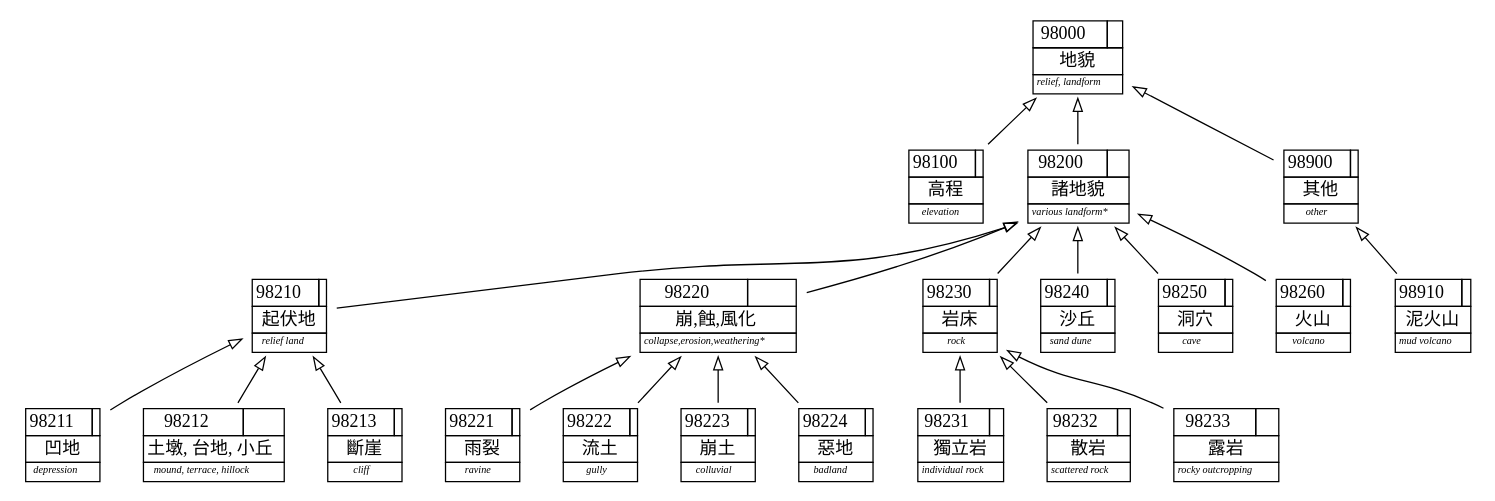
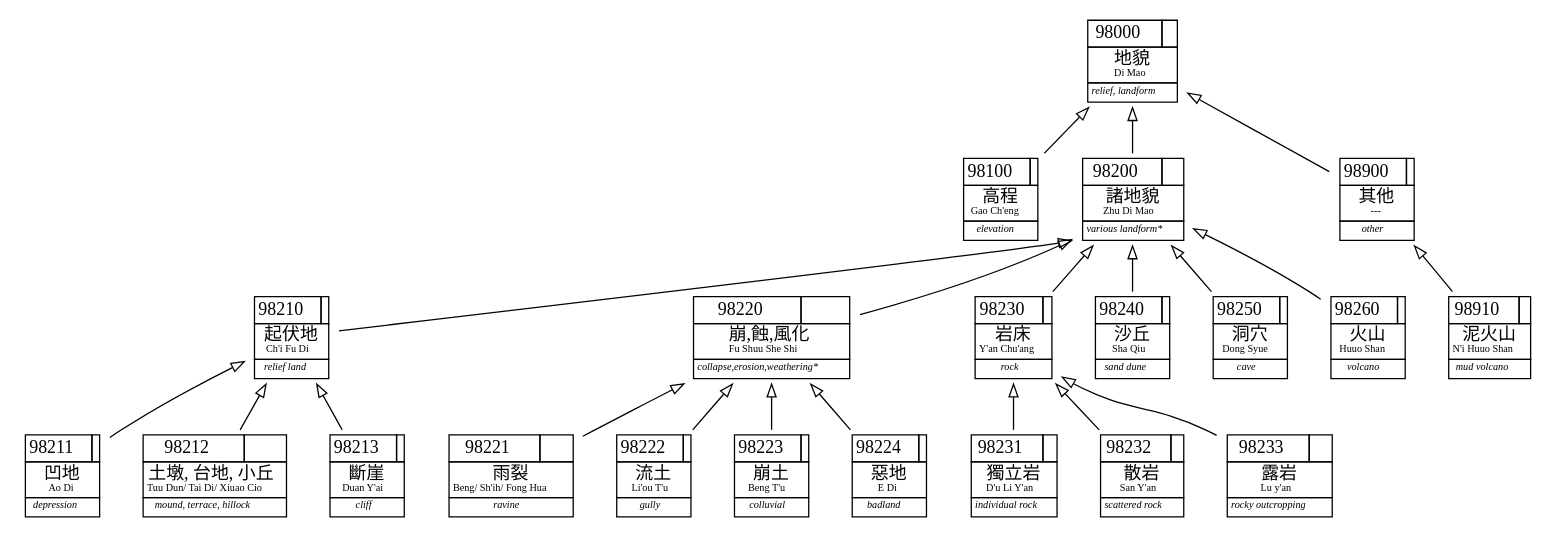
The diagram in TMOI-elevation.gv (geoont/datastd3), drawn with Graphviz before and after one commit. The commit also changed 6 other files, not shown here.

```diff
--- a/TMOI-elevation.gv
+++ b/TMOI-elevation.gv
@@ -1,32 +1,32 @@
-/* This file was auto-generated on Mon Dec 24 21:20:55 2012
-   using SOFT.pm library version 0.5.  Command line:
-/usr/local/bin/soft2gv.pl --noorphans --tuples=TMOI.csv --styles=TMOI.gvsty TMOI-elevation.soft
+/* This file was auto-generated on Wed Dec 26 16:08:47 2012
+   using SOFT.pm library version 0.02.  Command line:
+/Users/xs7/perl5/bin/soft2gv.pl --noorphans --tuples=TMOI.csv --styles=TMOI.gvsty TMOI-elevation.soft
 */
 digraph G {
 	rankdir=BT
 	/* subgraphs */
 	/* node attributes */
-	"cat:s98000" [weight="5",label=< <TABLE BORDER="0" CELLBORDER="1" CELLSPACING="0">  <TR><TD>98000</TD><TD></TD></TR>  <TR><TD COLSPAN="2">&#x5730;&#x8C8C;</TD></TR>  <TR><TD COLSPAN="2"><FONT POINT-SIZE="8"><I>relief, landform </I></FONT></TD></TR>  </TABLE>>,shape="plaintext"];
-	"cat:s98100" [weight="5",label=< <TABLE BORDER="0" CELLBORDER="1" CELLSPACING="0">  <TR><TD>98100</TD><TD></TD></TR>  <TR><TD COLSPAN="2">&#x9AD8;&#x7A0B;</TD></TR>  <TR><TD COLSPAN="2"><FONT POINT-SIZE="8"><I>elevation </I></FONT></TD></TR>  </TABLE>>,shape="plaintext"];
-	"cat:s98200" [weight="5",label=< <TABLE BORDER="0" CELLBORDER="1" CELLSPACING="0">  <TR><TD>98200</TD><TD></TD></TR>  <TR><TD COLSPAN="2">&#x8AF8;&#x5730;&#x8C8C;</TD></TR>  <TR><TD COLSPAN="2"><FONT POINT-SIZE="8"><I>various landform* </I></FONT></TD></TR>  </TABLE>>,shape="plaintext"];
-	"cat:s98210" [weight="5",label=< <TABLE BORDER="0" CELLBORDER="1" CELLSPACING="0">  <TR><TD>98210</TD><TD></TD></TR>  <TR><TD COLSPAN="2">&#x8D77;&#x4F0F;&#x5730;</TD></TR>  <TR><TD COLSPAN="2"><FONT POINT-SIZE="8"><I>relief land </I></FONT></TD></TR>  </TABLE>>,shape="plaintext"];
-	"cat:s98211" [weight="5",label=< <TABLE BORDER="0" CELLBORDER="1" CELLSPACING="0">  <TR><TD>98211</TD><TD></TD></TR>  <TR><TD COLSPAN="2">&#x51F9;&#x5730;</TD></TR>  <TR><TD COLSPAN="2"><FONT POINT-SIZE="8"><I>depression </I></FONT></TD></TR>  </TABLE>>,shape="plaintext"];
-	"cat:s98212" [weight="5",label=< <TABLE BORDER="0" CELLBORDER="1" CELLSPACING="0">  <TR><TD>98212</TD><TD></TD></TR>  <TR><TD COLSPAN="2">&#x571F;&#x58A9;, &#x53F0;&#x5730;, &#x5C0F;&#x4E18;</TD></TR>  <TR><TD COLSPAN="2"><FONT POINT-SIZE="8"><I>mound, terrace, hillock </I></FONT></TD></TR>  </TABLE>>,shape="plaintext"];
-	"cat:s98213" [weight="5",label=< <TABLE BORDER="0" CELLBORDER="1" CELLSPACING="0">  <TR><TD>98213</TD><TD></TD></TR>  <TR><TD COLSPAN="2">&#x65B7;&#x5D16;</TD></TR>  <TR><TD COLSPAN="2"><FONT POINT-SIZE="8"><I>cliff </I></FONT></TD></TR>  </TABLE>>,shape="plaintext"];
-	"cat:s98220" [weight="5",label=< <TABLE BORDER="0" CELLBORDER="1" CELLSPACING="0">  <TR><TD>98220</TD><TD></TD></TR>  <TR><TD COLSPAN="2">&#x5D29;,&#x8755;,&#x98A8;&#x5316;</TD></TR>  <TR><TD COLSPAN="2"><FONT POINT-SIZE="8"><I>collapse,erosion,weathering* </I></FONT></TD></TR>  </TABLE>>,shape="plaintext"];
-	"cat:s98221" [weight="5",label=< <TABLE BORDER="0" CELLBORDER="1" CELLSPACING="0">  <TR><TD>98221</TD><TD></TD></TR>  <TR><TD COLSPAN="2">&#x96E8;&#x88C2;</TD></TR>  <TR><TD COLSPAN="2"><FONT POINT-SIZE="8"><I>ravine </I></FONT></TD></TR>  </TABLE>>,shape="plaintext"];
-	"cat:s98222" [weight="5",label=< <TABLE BORDER="0" CELLBORDER="1" CELLSPACING="0">  <TR><TD>98222</TD><TD></TD></TR>  <TR><TD COLSPAN="2">&#x6D41;&#x571F;</TD></TR>  <TR><TD COLSPAN="2"><FONT POINT-SIZE="8"><I>gully </I></FONT></TD></TR>  </TABLE>>,shape="plaintext"];
-	"cat:s98223" [weight="5",label=< <TABLE BORDER="0" CELLBORDER="1" CELLSPACING="0">  <TR><TD>98223</TD><TD></TD></TR>  <TR><TD COLSPAN="2">&#x5D29;&#x571F;</TD></TR>  <TR><TD COLSPAN="2"><FONT POINT-SIZE="8"><I>colluvial </I></FONT></TD></TR>  </TABLE>>,shape="plaintext"];
-	"cat:s98224" [weight="5",label=< <TABLE BORDER="0" CELLBORDER="1" CELLSPACING="0">  <TR><TD>98224</TD><TD></TD></TR>  <TR><TD COLSPAN="2">&#x60E1;&#x5730;</TD></TR>  <TR><TD COLSPAN="2"><FONT POINT-SIZE="8"><I>badland </I></FONT></TD></TR>  </TABLE>>,shape="plaintext"];
-	"cat:s98230" [weight="5",label=< <TABLE BORDER="0" CELLBORDER="1" CELLSPACING="0">  <TR><TD>98230</TD><TD></TD></TR>  <TR><TD COLSPAN="2">&#x5CA9;&#x5E8A;</TD></TR>  <TR><TD COLSPAN="2"><FONT POINT-SIZE="8"><I>rock </I></FONT></TD></TR>  </TABLE>>,shape="plaintext"];
-	"cat:s98231" [weight="5",label=< <TABLE BORDER="0" CELLBORDER="1" CELLSPACING="0">  <TR><TD>98231</TD><TD></TD></TR>  <TR><TD COLSPAN="2">&#x7368;&#x7ACB;&#x5CA9;</TD></TR>  <TR><TD COLSPAN="2"><FONT POINT-SIZE="8"><I>individual rock </I></FONT></TD></TR>  </TABLE>>,shape="plaintext"];
-	"cat:s98232" [weight="5",label=< <TABLE BORDER="0" CELLBORDER="1" CELLSPACING="0">  <TR><TD>98232</TD><TD></TD></TR>  <TR><TD COLSPAN="2">&#x6563;&#x5CA9;</TD></TR>  <TR><TD COLSPAN="2"><FONT POINT-SIZE="8"><I>scattered rock </I></FONT></TD></TR>  </TABLE>>,shape="plaintext"];
-	"cat:s98233" [weight="5",label=< <TABLE BORDER="0" CELLBORDER="1" CELLSPACING="0">  <TR><TD>98233</TD><TD></TD></TR>  <TR><TD COLSPAN="2">&#x9732;&#x5CA9;</TD></TR>  <TR><TD COLSPAN="2"><FONT POINT-SIZE="8"><I>rocky outcropping </I></FONT></TD></TR>  </TABLE>>,shape="plaintext"];
-	"cat:s98240" [weight="5",label=< <TABLE BORDER="0" CELLBORDER="1" CELLSPACING="0">  <TR><TD>98240</TD><TD></TD></TR>  <TR><TD COLSPAN="2">&#x6C99;&#x4E18;</TD></TR>  <TR><TD COLSPAN="2"><FONT POINT-SIZE="8"><I>sand dune </I></FONT></TD></TR>  </TABLE>>,shape="plaintext"];
-	"cat:s98250" [weight="5",label=< <TABLE BORDER="0" CELLBORDER="1" CELLSPACING="0">  <TR><TD>98250</TD><TD></TD></TR>  <TR><TD COLSPAN="2">&#x6D1E;&#x7A74;</TD></TR>  <TR><TD COLSPAN="2"><FONT POINT-SIZE="8"><I>cave </I></FONT></TD></TR>  </TABLE>>,shape="plaintext"];
-	"cat:s98260" [weight="5",label=< <TABLE BORDER="0" CELLBORDER="1" CELLSPACING="0">  <TR><TD>98260</TD><TD></TD></TR>  <TR><TD COLSPAN="2">&#x706B;&#x5C71;</TD></TR>  <TR><TD COLSPAN="2"><FONT POINT-SIZE="8"><I>volcano </I></FONT></TD></TR>  </TABLE>>,shape="plaintext"];
-	"cat:s98900" [weight="5",label=< <TABLE BORDER="0" CELLBORDER="1" CELLSPACING="0">  <TR><TD>98900</TD><TD></TD></TR>  <TR><TD COLSPAN="2">&#x5176;&#x4ED6;</TD></TR>  <TR><TD COLSPAN="2"><FONT POINT-SIZE="8"><I>other </I></FONT></TD></TR>  </TABLE>>,shape="plaintext"];
-	"cat:s98910" [weight="5",label=< <TABLE BORDER="0" CELLBORDER="1" CELLSPACING="0">  <TR><TD>98910</TD><TD></TD></TR>  <TR><TD COLSPAN="2">&#x6CE5;&#x706B;&#x5C71;</TD></TR>  <TR><TD COLSPAN="2"><FONT POINT-SIZE="8"><I>mud volcano </I></FONT></TD></TR>  </TABLE>>,shape="plaintext"];
+	"cat:s98000" [weight="5",label=< <TABLE BORDER="0" CELLBORDER="1" CELLSPACING="0">  <TR><TD>98000</TD><TD></TD></TR>  <TR><TD COLSPAN="2">&#x5730;&#x8C8C;<BR/><FONT POINT-SIZE="8">Di Mao</FONT></TD></TR>  <TR><TD COLSPAN="2"><FONT POINT-SIZE="8"><I>relief, landform </I></FONT></TD></TR>  </TABLE>>,shape="plaintext"];
+	"cat:s98100" [weight="5",label=< <TABLE BORDER="0" CELLBORDER="1" CELLSPACING="0">  <TR><TD>98100</TD><TD></TD></TR>  <TR><TD COLSPAN="2">&#x9AD8;&#x7A0B;<BR/><FONT POINT-SIZE="8">Gao Ch&#39;eng</FONT></TD></TR>  <TR><TD COLSPAN="2"><FONT POINT-SIZE="8"><I>elevation </I></FONT></TD></TR>  </TABLE>>,shape="plaintext"];
+	"cat:s98200" [weight="5",label=< <TABLE BORDER="0" CELLBORDER="1" CELLSPACING="0">  <TR><TD>98200</TD><TD></TD></TR>  <TR><TD COLSPAN="2">&#x8AF8;&#x5730;&#x8C8C;<BR/><FONT POINT-SIZE="8">Zhu Di Mao</FONT></TD></TR>  <TR><TD COLSPAN="2"><FONT POINT-SIZE="8"><I>various landform* </I></FONT></TD></TR>  </TABLE>>,shape="plaintext"];
+	"cat:s98210" [weight="5",label=< <TABLE BORDER="0" CELLBORDER="1" CELLSPACING="0">  <TR><TD>98210</TD><TD></TD></TR>  <TR><TD COLSPAN="2">&#x8D77;&#x4F0F;&#x5730;<BR/><FONT POINT-SIZE="8">Ch&#39;i Fu Di</FONT></TD></TR>  <TR><TD COLSPAN="2"><FONT POINT-SIZE="8"><I>relief land </I></FONT></TD></TR>  </TABLE>>,shape="plaintext"];
+	"cat:s98211" [weight="5",label=< <TABLE BORDER="0" CELLBORDER="1" CELLSPACING="0">  <TR><TD>98211</TD><TD></TD></TR>  <TR><TD COLSPAN="2">&#x51F9;&#x5730;<BR/><FONT POINT-SIZE="8">Ao Di</FONT></TD></TR>  <TR><TD COLSPAN="2"><FONT POINT-SIZE="8"><I>depression </I></FONT></TD></TR>  </TABLE>>,shape="plaintext"];
+	"cat:s98212" [weight="5",label=< <TABLE BORDER="0" CELLBORDER="1" CELLSPACING="0">  <TR><TD>98212</TD><TD></TD></TR>  <TR><TD COLSPAN="2">&#x571F;&#x58A9;, &#x53F0;&#x5730;, &#x5C0F;&#x4E18;<BR/><FONT POINT-SIZE="8">Tuu Dun/ Tai Di/ Xiuao Cio</FONT></TD></TR>  <TR><TD COLSPAN="2"><FONT POINT-SIZE="8"><I>mound, terrace, hillock </I></FONT></TD></TR>  </TABLE>>,shape="plaintext"];
+	"cat:s98213" [weight="5",label=< <TABLE BORDER="0" CELLBORDER="1" CELLSPACING="0">  <TR><TD>98213</TD><TD></TD></TR>  <TR><TD COLSPAN="2">&#x65B7;&#x5D16;<BR/><FONT POINT-SIZE="8">Duan Y&#39;ai</FONT></TD></TR>  <TR><TD COLSPAN="2"><FONT POINT-SIZE="8"><I>cliff </I></FONT></TD></TR>  </TABLE>>,shape="plaintext"];
+	"cat:s98220" [weight="5",label=< <TABLE BORDER="0" CELLBORDER="1" CELLSPACING="0">  <TR><TD>98220</TD><TD></TD></TR>  <TR><TD COLSPAN="2">&#x5D29;,&#x8755;,&#x98A8;&#x5316;<BR/><FONT POINT-SIZE="8">Fu Shuu She Shi</FONT></TD></TR>  <TR><TD COLSPAN="2"><FONT POINT-SIZE="8"><I>collapse,erosion,weathering* </I></FONT></TD></TR>  </TABLE>>,shape="plaintext"];
+	"cat:s98221" [weight="5",label=< <TABLE BORDER="0" CELLBORDER="1" CELLSPACING="0">  <TR><TD>98221</TD><TD></TD></TR>  <TR><TD COLSPAN="2">&#x96E8;&#x88C2;<BR/><FONT POINT-SIZE="8">Beng/ Sh&#39;ih/ Fong Hua</FONT></TD></TR>  <TR><TD COLSPAN="2"><FONT POINT-SIZE="8"><I>ravine </I></FONT></TD></TR>  </TABLE>>,shape="plaintext"];
+	"cat:s98222" [weight="5",label=< <TABLE BORDER="0" CELLBORDER="1" CELLSPACING="0">  <TR><TD>98222</TD><TD></TD></TR>  <TR><TD COLSPAN="2">&#x6D41;&#x571F;<BR/><FONT POINT-SIZE="8">Li&#39;ou T&#39;u</FONT></TD></TR>  <TR><TD COLSPAN="2"><FONT POINT-SIZE="8"><I>gully </I></FONT></TD></TR>  </TABLE>>,shape="plaintext"];
+	"cat:s98223" [weight="5",label=< <TABLE BORDER="0" CELLBORDER="1" CELLSPACING="0">  <TR><TD>98223</TD><TD></TD></TR>  <TR><TD COLSPAN="2">&#x5D29;&#x571F;<BR/><FONT POINT-SIZE="8">Beng T&#39;u</FONT></TD></TR>  <TR><TD COLSPAN="2"><FONT POINT-SIZE="8"><I>colluvial </I></FONT></TD></TR>  </TABLE>>,shape="plaintext"];
+	"cat:s98224" [weight="5",label=< <TABLE BORDER="0" CELLBORDER="1" CELLSPACING="0">  <TR><TD>98224</TD><TD></TD></TR>  <TR><TD COLSPAN="2">&#x60E1;&#x5730;<BR/><FONT POINT-SIZE="8">E Di</FONT></TD></TR>  <TR><TD COLSPAN="2"><FONT POINT-SIZE="8"><I>badland </I></FONT></TD></TR>  </TABLE>>,shape="plaintext"];
+	"cat:s98230" [weight="5",label=< <TABLE BORDER="0" CELLBORDER="1" CELLSPACING="0">  <TR><TD>98230</TD><TD></TD></TR>  <TR><TD COLSPAN="2">&#x5CA9;&#x5E8A;<BR/><FONT POINT-SIZE="8">Y&#39;an Chu&#39;ang</FONT></TD></TR>  <TR><TD COLSPAN="2"><FONT POINT-SIZE="8"><I>rock </I></FONT></TD></TR>  </TABLE>>,shape="plaintext"];
+	"cat:s98231" [weight="5",label=< <TABLE BORDER="0" CELLBORDER="1" CELLSPACING="0">  <TR><TD>98231</TD><TD></TD></TR>  <TR><TD COLSPAN="2">&#x7368;&#x7ACB;&#x5CA9;<BR/><FONT POINT-SIZE="8">D&#39;u Li Y&#39;an</FONT></TD></TR>  <TR><TD COLSPAN="2"><FONT POINT-SIZE="8"><I>individual rock </I></FONT></TD></TR>  </TABLE>>,shape="plaintext"];
+	"cat:s98232" [weight="5",label=< <TABLE BORDER="0" CELLBORDER="1" CELLSPACING="0">  <TR><TD>98232</TD><TD></TD></TR>  <TR><TD COLSPAN="2">&#x6563;&#x5CA9;<BR/><FONT POINT-SIZE="8">San Y&#39;an</FONT></TD></TR>  <TR><TD COLSPAN="2"><FONT POINT-SIZE="8"><I>scattered rock </I></FONT></TD></TR>  </TABLE>>,shape="plaintext"];
+	"cat:s98233" [weight="5",label=< <TABLE BORDER="0" CELLBORDER="1" CELLSPACING="0">  <TR><TD>98233</TD><TD></TD></TR>  <TR><TD COLSPAN="2">&#x9732;&#x5CA9;<BR/><FONT POINT-SIZE="8">Lu y&#39;an</FONT></TD></TR>  <TR><TD COLSPAN="2"><FONT POINT-SIZE="8"><I>rocky outcropping </I></FONT></TD></TR>  </TABLE>>,shape="plaintext"];
+	"cat:s98240" [weight="5",label=< <TABLE BORDER="0" CELLBORDER="1" CELLSPACING="0">  <TR><TD>98240</TD><TD></TD></TR>  <TR><TD COLSPAN="2">&#x6C99;&#x4E18;<BR/><FONT POINT-SIZE="8">Sha Qiu</FONT></TD></TR>  <TR><TD COLSPAN="2"><FONT POINT-SIZE="8"><I>sand dune </I></FONT></TD></TR>  </TABLE>>,shape="plaintext"];
+	"cat:s98250" [weight="5",label=< <TABLE BORDER="0" CELLBORDER="1" CELLSPACING="0">  <TR><TD>98250</TD><TD></TD></TR>  <TR><TD COLSPAN="2">&#x6D1E;&#x7A74;<BR/><FONT POINT-SIZE="8">Dong Syue</FONT></TD></TR>  <TR><TD COLSPAN="2"><FONT POINT-SIZE="8"><I>cave </I></FONT></TD></TR>  </TABLE>>,shape="plaintext"];
+	"cat:s98260" [weight="5",label=< <TABLE BORDER="0" CELLBORDER="1" CELLSPACING="0">  <TR><TD>98260</TD><TD></TD></TR>  <TR><TD COLSPAN="2">&#x706B;&#x5C71;<BR/><FONT POINT-SIZE="8">Huuo Shan</FONT></TD></TR>  <TR><TD COLSPAN="2"><FONT POINT-SIZE="8"><I>volcano </I></FONT></TD></TR>  </TABLE>>,shape="plaintext"];
+	"cat:s98900" [weight="5",label=< <TABLE BORDER="0" CELLBORDER="1" CELLSPACING="0">  <TR><TD>98900</TD><TD></TD></TR>  <TR><TD COLSPAN="2">&#x5176;&#x4ED6;<BR/><FONT POINT-SIZE="8">---</FONT></TD></TR>  <TR><TD COLSPAN="2"><FONT POINT-SIZE="8"><I>other </I></FONT></TD></TR>  </TABLE>>,shape="plaintext"];
+	"cat:s98910" [weight="5",label=< <TABLE BORDER="0" CELLBORDER="1" CELLSPACING="0">  <TR><TD>98910</TD><TD></TD></TR>  <TR><TD COLSPAN="2">&#x6CE5;&#x706B;&#x5C71;<BR/><FONT POINT-SIZE="8">N&#39;i Huuo Shan</FONT></TD></TR>  <TR><TD COLSPAN="2"><FONT POINT-SIZE="8"><I>mud volcano </I></FONT></TD></TR>  </TABLE>>,shape="plaintext"];
 
 	/* relations with attributes */
 	"cat:s98100" -> "cat:s98000" [style="solid",arrowhead="empty"];
```
